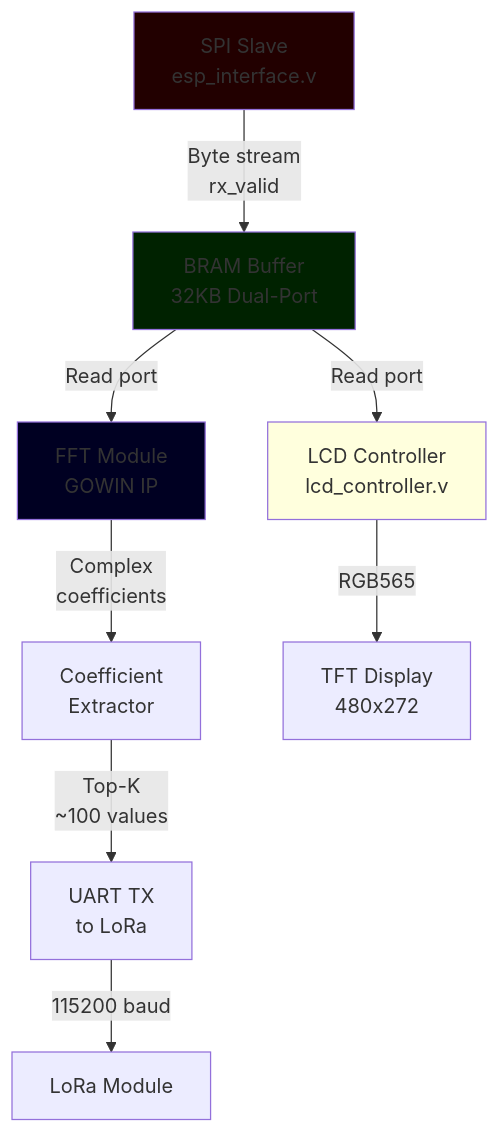
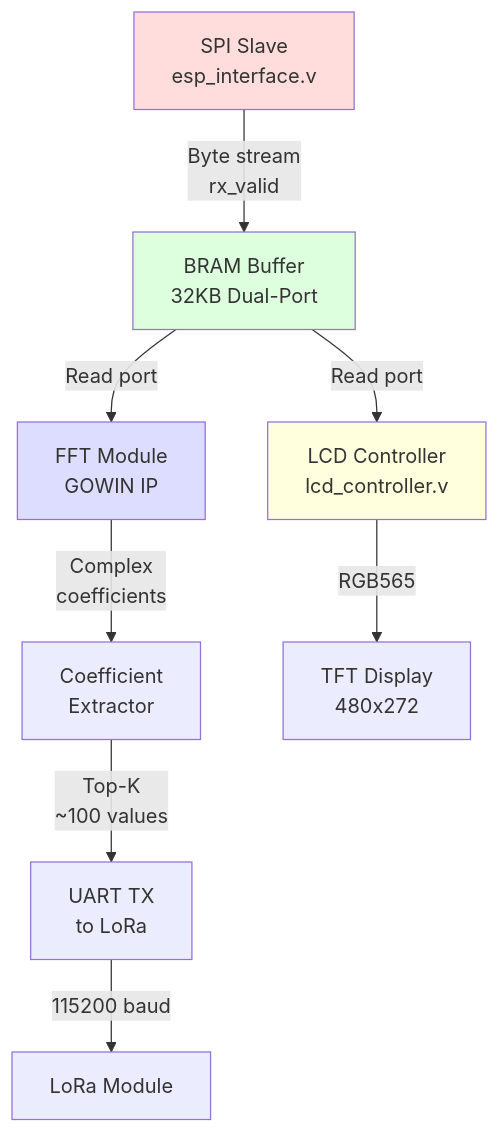
The first of 2 diagrams in FPGA_Unit/docs/SDD/SDD400.md (ColeZenk/SD403_TrailCamera_NDSU), drawn with Mermaid before and after one commit.

Commit message:
updated colorscheme

````diff
--- a/FPGA_Unit/docs/SDD/SDD400.md
+++ b/FPGA_Unit/docs/SDD/SDD400.md
@@ -73,23 +73,23 @@
 ```mermaid
 flowchart TD
     SPI[SPI Slave<br/>esp_interface.v]
     BRAM[BRAM Buffer<br/>32KB Dual-Port]
     LCD_CTRL[LCD Controller<br/>lcd_controller.v]
     FFT[FFT Module<br/>GOWIN IP]
     COEFF[Coefficient<br/>Extractor]
     UART[UART TX<br/>to LoRa]
     TFT[TFT Display<br/>480x272]
 
     SPI -->|Byte stream<br/>rx_valid| BRAM
     BRAM -->|Read port| LCD_CTRL
     BRAM -->|Read port| FFT
     LCD_CTRL -->|RGB565| TFT
     FFT -->|Complex<br/>coefficients| COEFF
     COEFF -->|Top-K<br/>~100 values| UART
     UART -->|115200 baud| LORA_TX[LoRa Module]
 
-    style SPI fill:#220000
-    style BRAM fill:#002200
-    style FFT fill:#000022
+    style SPI fill:#ffdddd
+    style BRAM fill:#ddffdd
+    style FFT fill:#ddddff
     style LCD_CTRL fill:#ffffdd
 ```
````
